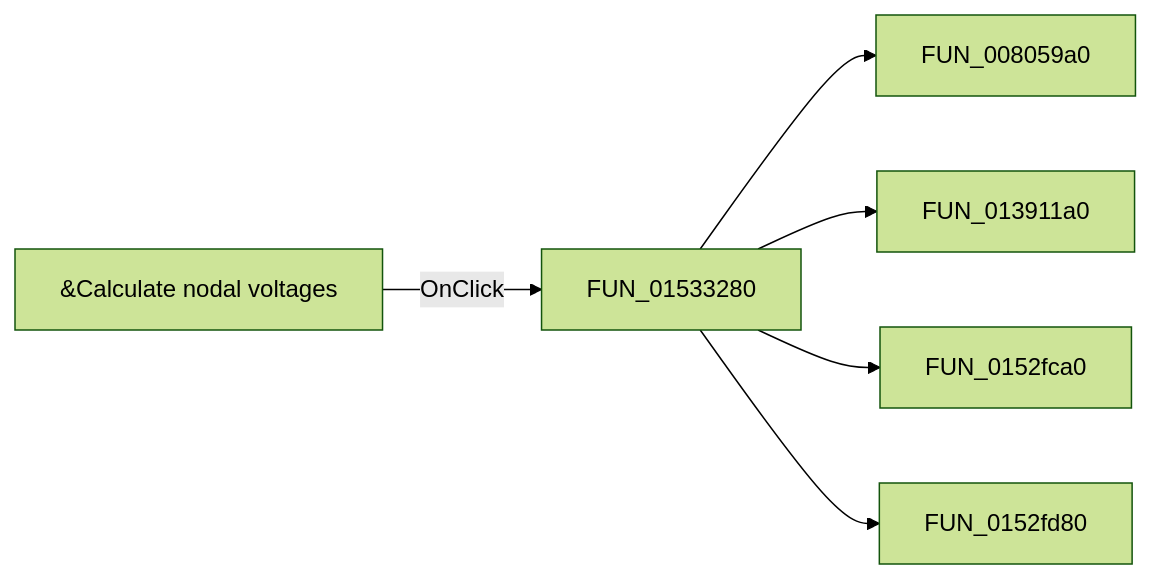
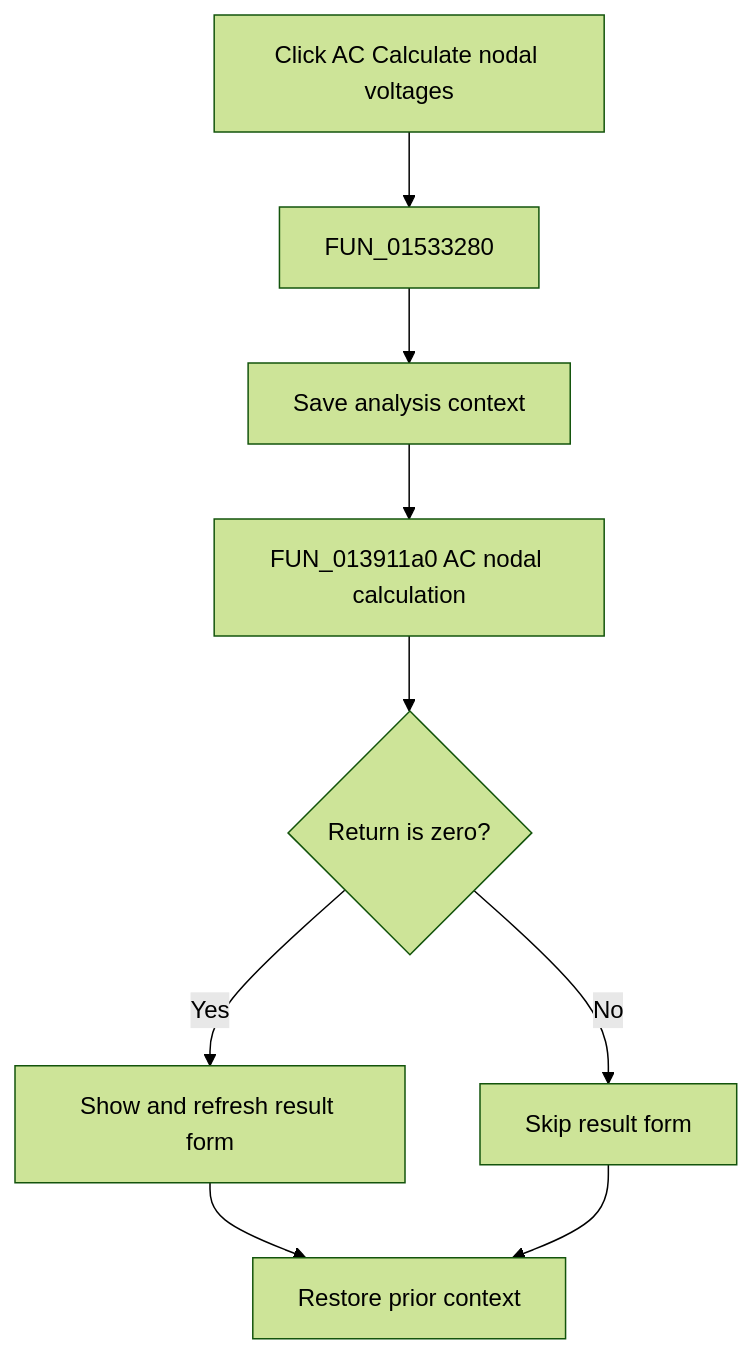
Before and after one commit to MovGP0/TIARA: the diagram in docs/ui-controls/netlisteditor/miaccalculatenodalvoltages-7f8b15e03c.md, drawn with Mermaid (forest theme). The commit also changed other lines of this file and 1062 other files, not shown here.

````diff
--- a/docs/ui-controls/netlisteditor/miaccalculatenodalvoltages-7f8b15e03c.md
+++ b/docs/ui-controls/netlisteditor/miaccalculatenodalvoltages-7f8b15e03c.md
@@ -27,8 +29,11 @@
 ```mermaid
-flowchart LR
-    control["&Calculate nodal voltages"] -->|OnClick| handler["FUN_01533280"]
-    handler --> call1["FUN_008059a0"]
-    handler --> call2["FUN_013911a0"]
-    handler --> call3["FUN_0152fca0"]
-    handler --> call4["FUN_0152fd80"]
+flowchart TD
+    control["Click AC Calculate nodal voltages"] --> handler["FUN_01533280"]
+    handler --> prepare["Save analysis context"]
+    prepare --> solve["FUN_013911a0 AC nodal calculation"]
+    solve --> zero{"Return is zero?"}
+    zero -->|Yes| show["Show and refresh result form"]
+    zero -->|No| skip["Skip result form"]
+    show --> restore["Restore prior context"]
+    skip --> restore
 ```
````
